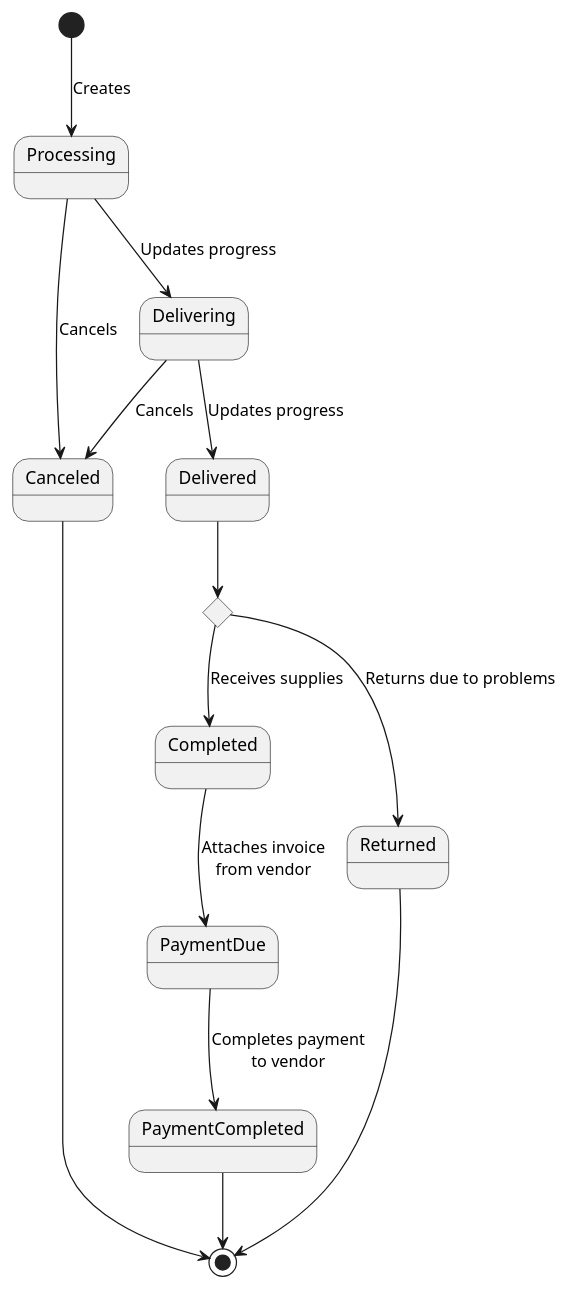
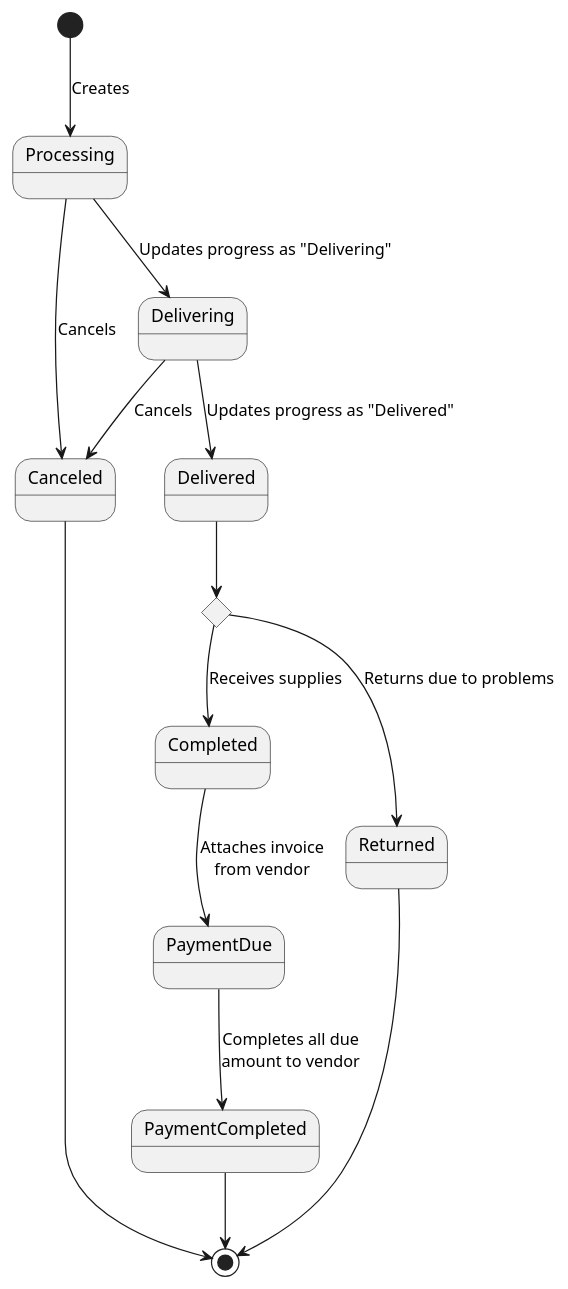
One commit to phihungha/scmss-reqs changed the diagram in states/purchase-order.plantuml. Above: the diagram before and after it, drawn with PlantUML. The commit also changed 13 other files, not shown here.

Commit message:
Minor BRD diagram fixes

```diff
--- a/states/purchase-order.plantuml
+++ b/states/purchase-order.plantuml
@@ -1,20 +1,20 @@
 @startuml purchase-order
 
 [*] --> Processing : Creates
 Processing --> Canceled : Cancels
-Processing --> Delivering : Updates progress
-Delivering --> Delivered : Updates progress
+Processing --> Delivering : Updates progress as "Delivering"
+Delivering --> Delivered : Updates progress as "Delivered"
 Delivering --> Canceled : Cancels
 
 state check <<choice>>
 Delivered --> check
 check --> Completed : Receives supplies
 check --> Returned : Returns due to problems
 Returned --> [*]
 
 Completed --> PaymentDue : Attaches invoice\nfrom vendor
-PaymentDue --> PaymentCompleted : Completes payment\nto vendor
+PaymentDue --> PaymentCompleted : Completes all due\namount to vendor
 PaymentCompleted --> [*]
 
 Canceled --> [*]
 @enduml
```
